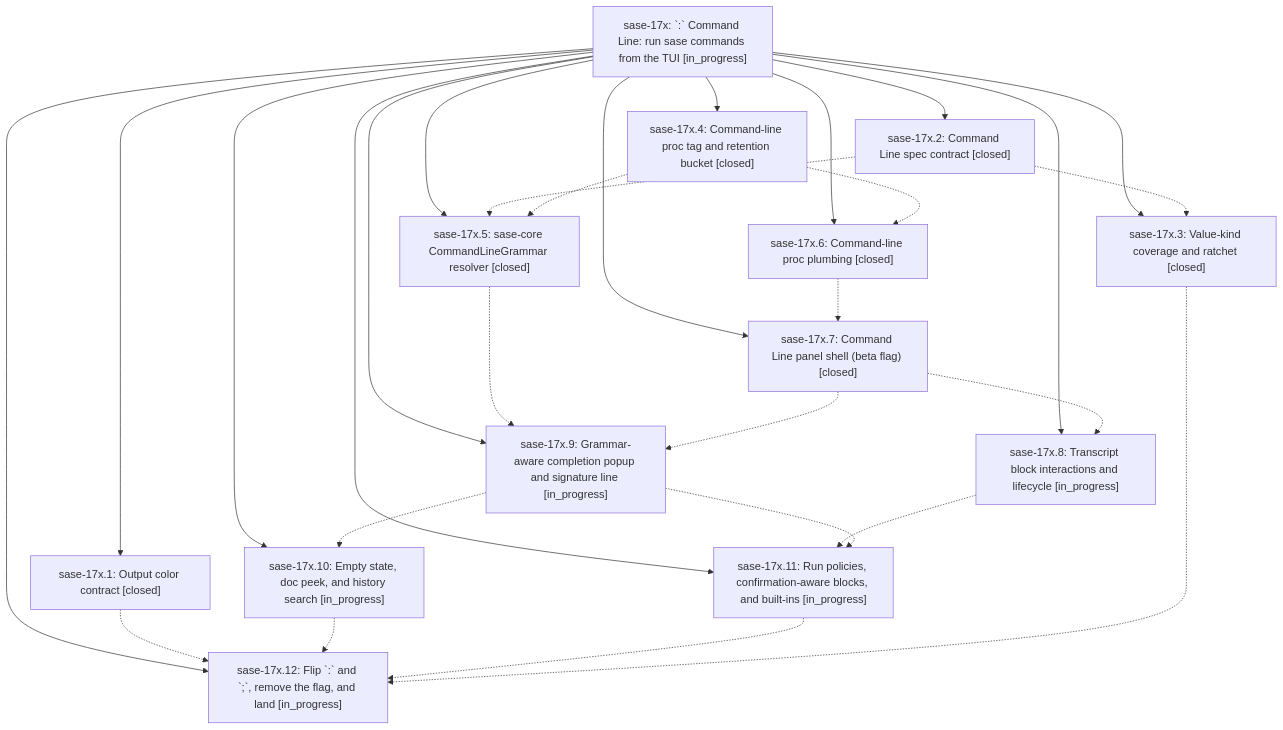
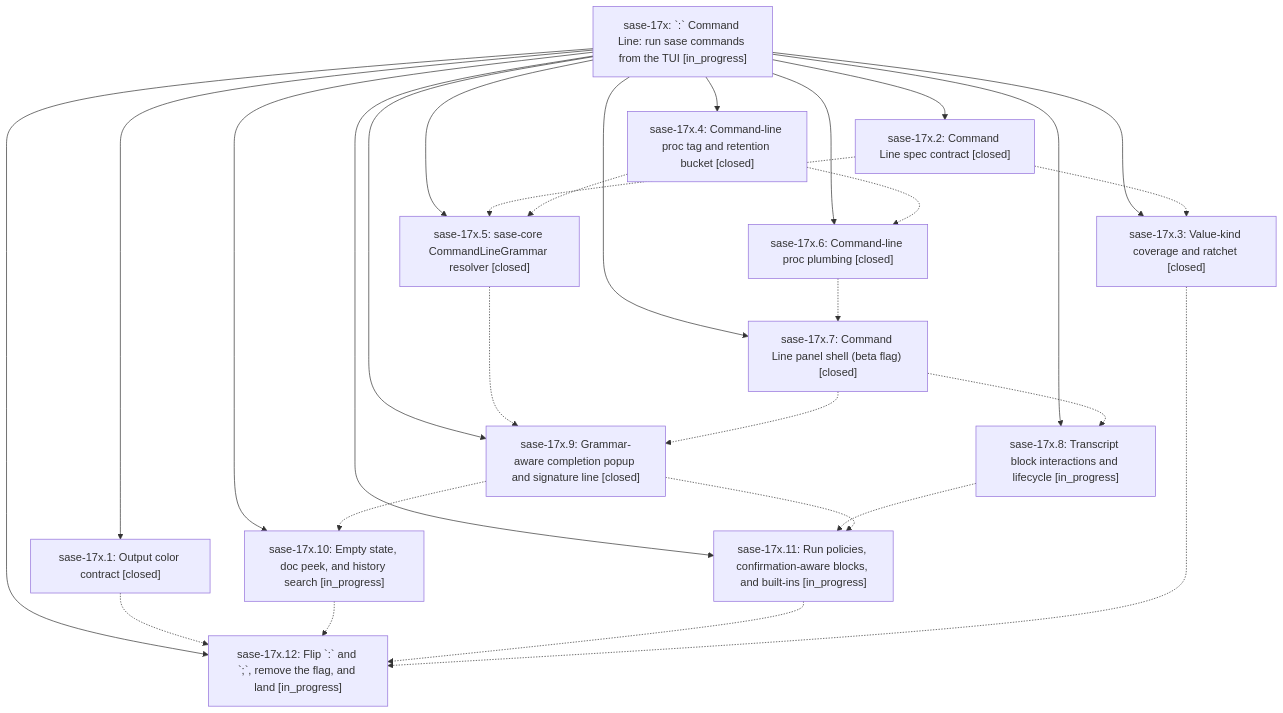
The diagram in pages/sase-17x/README.md (sase-org/sase--beads), drawn with Mermaid before and after one commit. The commit also changed other lines of this file and 5 other files, not shown here.

````diff
--- a/pages/sase-17x/README.md
+++ b/pages/sase-17x/README.md
@@ -37,43 +39,43 @@
 ```mermaid
 flowchart TD
     n0["sase-17x: `:` Command Line: run sase commands from the TUI [in_progress]"]
     n1["sase-17x.1: Output color contract [closed]"]
     n2["sase-17x.10: Empty state, doc peek, and history search [in_progress]"]
     n3["sase-17x.11: Run policies, confirmation-aware blocks, and built-ins [in_progress]"]
     n4["sase-17x.12: Flip `:` and `;`, remove the flag, and land [in_progress]"]
     n5["sase-17x.2: Command Line spec contract [closed]"]
     n6["sase-17x.3: Value-kind coverage and ratchet [closed]"]
     n7["sase-17x.4: Command-line proc tag and retention bucket [closed]"]
     n8["sase-17x.5: sase-core CommandLineGrammar resolver [closed]"]
     n9["sase-17x.6: Command-line proc plumbing [closed]"]
     n10["sase-17x.7: Command Line panel shell (beta flag) [closed]"]
     n11["sase-17x.8: Transcript block interactions and lifecycle [in_progress]"]
-    n12["sase-17x.9: Grammar-aware completion popup and signature line [in_progress]"]
+    n12["sase-17x.9: Grammar-aware completion popup and signature line [closed]"]
     n0 --> n1
     n0 --> n2
     n0 --> n3
     n0 --> n4
     n0 --> n5
     n0 --> n6
     n0 --> n7
     n0 --> n8
     n0 --> n9
     n0 --> n10
     n0 --> n11
     n0 --> n12
     n1 -.-> n4
     n2 -.-> n4
     n3 -.-> n4
     n5 -.-> n6
     n5 -.-> n8
     n6 -.-> n4
     n7 -.-> n8
     n7 -.-> n9
     n8 -.-> n12
     n9 -.-> n10
     n10 -.-> n11
     n10 -.-> n12
     n11 -.-> n3
     n12 -.-> n2
     n12 -.-> n3
 ```
````
